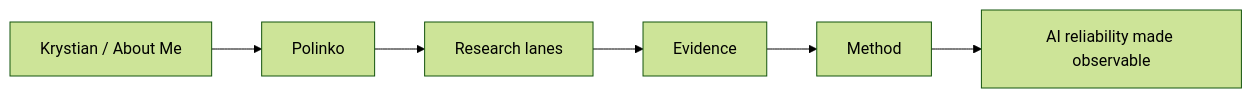
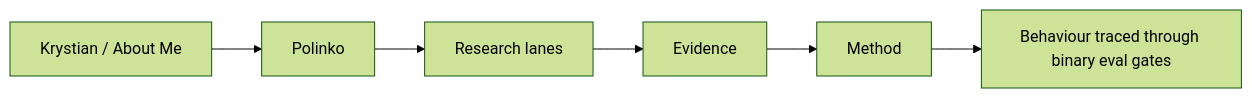
One commit to tryskian/polinko changed the second of 2 diagrams in site/README.md. Above: the diagram before and after it, drawn with Mermaid (forest theme). The commit also changed other lines of this file and 4 other files, not shown here.

````diff
--- a/site/README.md
+++ b/site/README.md
@@ -39,8 +39,8 @@
 ```mermaid
 flowchart LR
   Person["Krystian / About Me"] --> Project["Polinko"]
   Project --> Research["Research lanes"]
   Research --> Evidence["Evidence"]
   Evidence --> Method["Method"]
-  Method --> Claim["AI reliability made observable"]
+  Method --> Claim["Behaviour traced through binary eval gates"]
 ```
````
